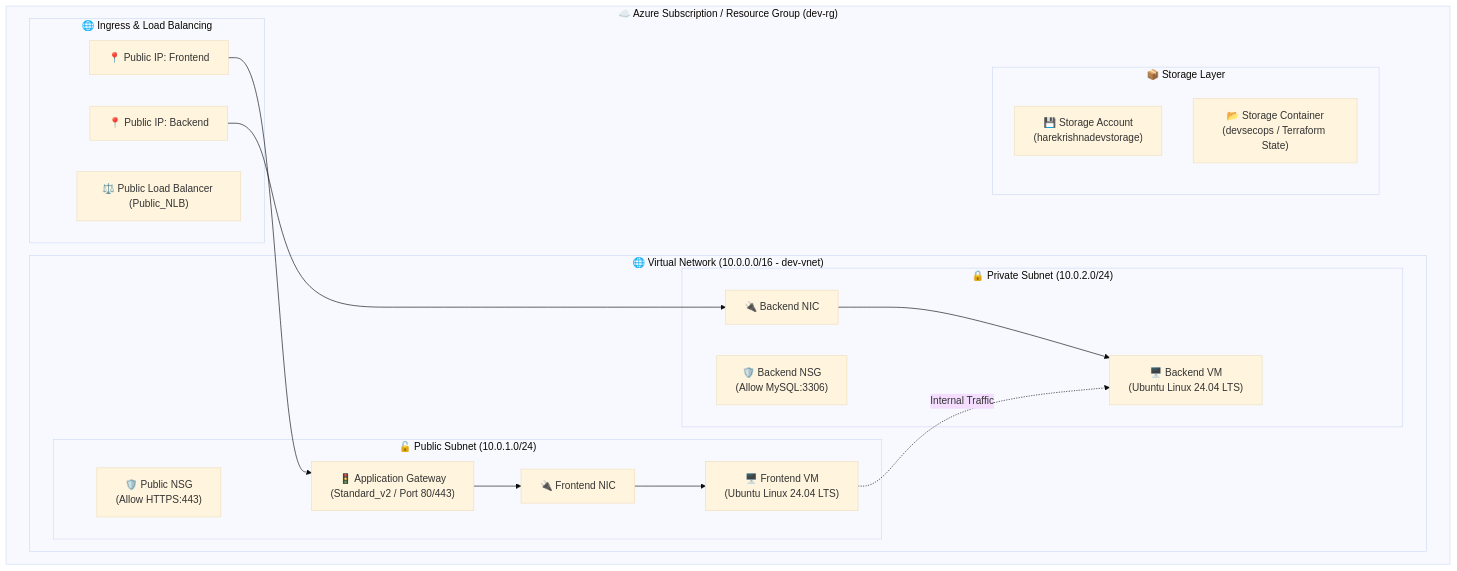
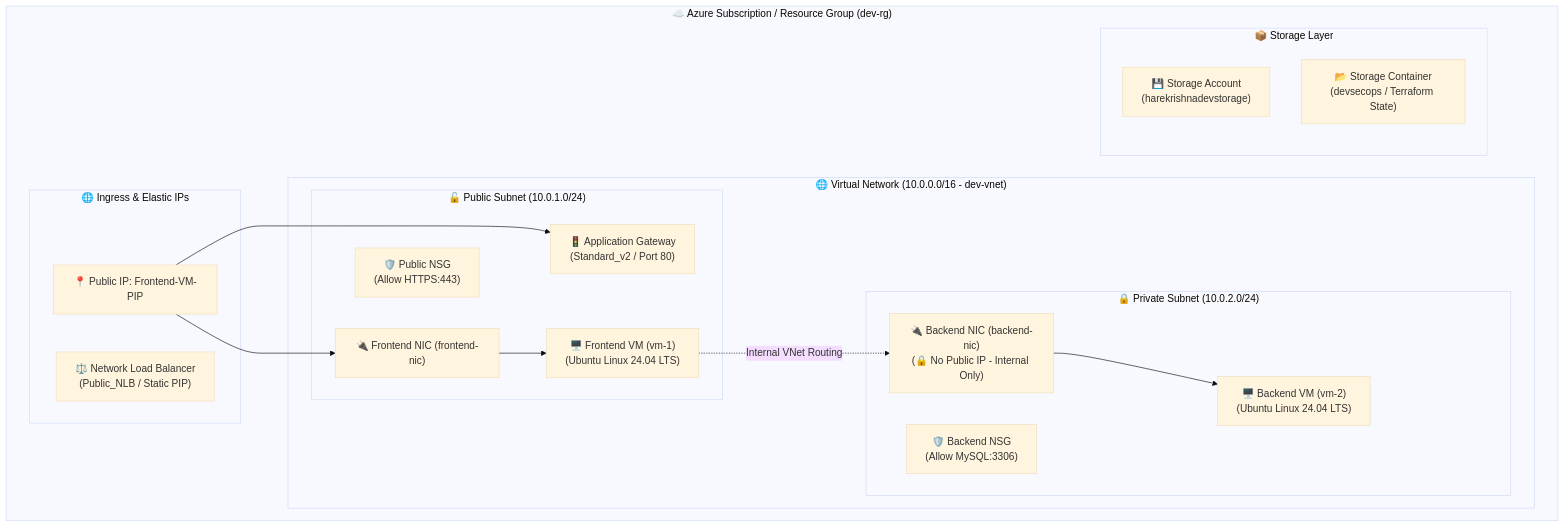
The diagram in README.md (vikashkumardevops/terraform-azure-devops), drawn with Mermaid (base theme) before and after one commit. The commit also changed other lines of this file, not shown here.

````diff
--- a/README.md
+++ b/README.md
@@ -47,41 +48,39 @@
 ```mermaid
 graph TD
     subgraph Azure_Subscription ["☁️ Azure Subscription / Resource Group (dev-rg)"]
         subgraph VNet ["🌐 Virtual Network (10.0.0.0/16 - dev-vnet)"]
             
             subgraph Public_Subnet ["🔓 Public Subnet (10.0.1.0/24)"]
-                AGW["🚦 Application Gateway<br/>(Standard_v2 / Port 80/443)"]
-                FVM["🖥️ Frontend VM<br/>(Ubuntu Linux 24.04 LTS)"]
-                FNIC["🔌 Frontend NIC"]
+                AGW["🚦 Application Gateway<br/>(Standard_v2 / Port 80)"]
+                FVM["🖥️ Frontend VM (vm-1)<br/>(Ubuntu Linux 24.04 LTS)"]
+                FNIC["🔌 Frontend NIC (frontend-nic)"]
                 FNSG["🛡️ Public NSG<br/>(Allow HTTPS:443)"]
             end
             
             subgraph Private_Subnet ["🔒 Private Subnet (10.0.2.0/24)"]
-                BVM["🖥️ Backend VM<br/>(Ubuntu Linux 24.04 LTS)"]
-                BNIC["🔌 Backend NIC"]
+                BVM["🖥️ Backend VM (vm-2)<br/>(Ubuntu Linux 24.04 LTS)"]
+                BNIC["🔌 Backend NIC (backend-nic)<br/>(🔒 No Public IP - Internal Only)"]
                 BNSG["🛡️ Backend NSG<br/>(Allow MySQL:3306)"]
             end
 
         end
 
         subgraph Storage_Layer ["📦 Storage Layer"]
             SA["💾 Storage Account<br/>(harekrishnadevstorage)"]
             SC["📂 Storage Container<br/>(devsecops / Terraform State)"]
         end
 
-        subgraph Traffic_Management ["🌐 Ingress & Load Balancing"]
-            PIP1["📍 Public IP: Frontend"]
-            PIP2["📍 Public IP: Backend"]
-            LB["⚖️ Public Load Balancer (Public_NLB)"]
+        subgraph Ingress_Layer ["🌐 Ingress & Elastic IPs"]
+            PIP1["📍 Public IP: Frontend-VM-PIP"]
+            LB["⚖️ Network Load Balancer<br/>(Public_NLB / Static PIP)"]
         end
     end
 
     PIP1 --> AGW
-    AGW --> FNIC
+    PIP1 --> FNIC
     FNIC --> FVM
-    PIP2 --> BNIC
+    FVM -. Internal VNet Routing .-> BNIC
     BNIC --> BVM
-    FVM -. Internal Traffic .-> BVM
     FNSG --- Public_Subnet
     BNSG --- Private_Subnet
 ```
````
